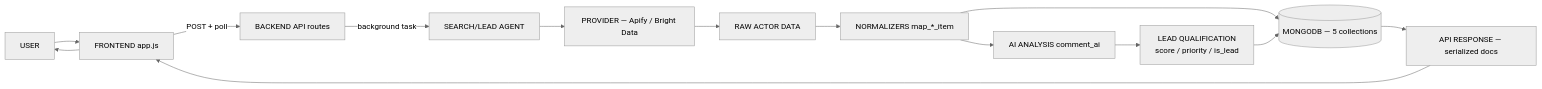
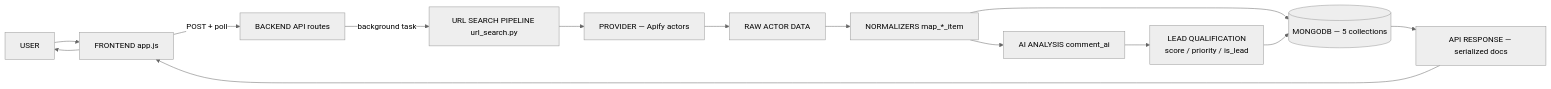
One commit to saurabh95710/LEADAI changed the fourth of 4 diagrams in README.md. Above: the diagram before and after it, drawn with Mermaid (neutral theme). The commit also changed other lines of this file and 18 other files, not shown here.

Commit message:
remove the keyword serach engine  reamin only the url search engine

````diff
--- a/README.md
+++ b/README.md
@@ -656,16 +520,16 @@
 ```mermaid
 flowchart LR
     USER[USER] --> FE[FRONTEND app.js]
     FE -->|POST + poll| API[BACKEND API routes]
-    API -->|background task| AG[SEARCH/LEAD AGENT]
-    AG --> PROV[PROVIDER — Apify / Bright Data]
+    API -->|background task| AG[URL SEARCH PIPELINE url_search.py]
+    AG --> PROV[PROVIDER — Apify actors]
     PROV --> RAW[RAW ACTOR DATA]
     RAW --> NORM[NORMALIZERS map_*_item]
     NORM --> DB[(MONGODB — 5 collections)]
     NORM --> AI[AI ANALYSIS comment_ai]
     AI --> QUAL[LEAD QUALIFICATION<br/>score / priority / is_lead]
     QUAL --> DB
     DB --> RESP[API RESPONSE — serialized docs]
     RESP --> FE
     FE --> USER
 ```
````
